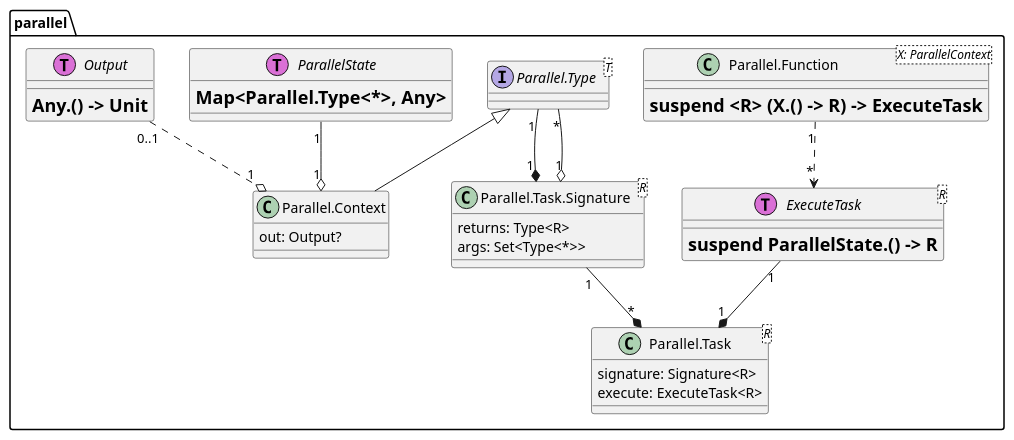
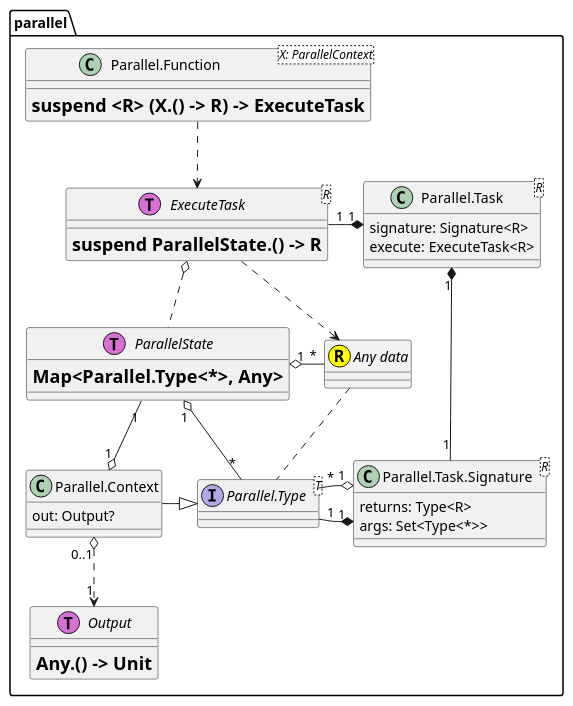
Before and after one commit to Flank/flank: the diagram in docs/hld/parallel-execution-api-structures.puml, drawn with PlantUML.

```diff
--- a/docs/hld/parallel-execution-api-structures.puml
+++ b/docs/hld/parallel-execution-api-structures.puml
@@ -1,42 +1,56 @@
 @startuml
 
 
 package "parallel" {
 
 class "Parallel.Context" as Context {
 out: Output?
 }
 class "Parallel.Task" as Task<R> {
 signature: Signature<R>
 execute: ExecuteTask<R>
 }
-class "Parallel.Task.Signature" as Task_Signature<R>{
+class "Parallel.Task.Signature" as Signature<R>{
 returns: Type<R>
 args: Set<Type<*>>
 }
 class "Parallel.Function" as Function<X: ParallelContext> {
 = suspend <R> (X.() -> R) -> ExecuteTask
 }
+interface "Any data" as Data << (R, yellow) >>
 interface ExecuteTask<R> << (T, orchid) >> {
 = suspend ParallelState.() -> R
 }
 interface "Parallel.Type" as Type <T>
 interface ParallelState << (T, orchid) >> {
 = Map<Parallel.Type<*>, Any>
 }
 interface Output << (T, orchid) >> {
 = Any.() -> Unit
 }
 
-Output "0..1" ..o "1" Context
+
+Function ..> ExecuteTask
+
 ParallelState "1" --o "1" Context
-Type <|-- Context
+ParallelState "1" o- "*" Type
 
-Type "1" --* "1" Task_Signature
-Type "*" --o "1" Task_Signature
-Task_Signature "1" --* "*" Task
+ExecuteTask "1" -* "1" Task
+ExecuteTask o.. ParallelState
+ExecuteTask ..> Data
 
-Function "1" ..> "*" ExecuteTask
-ExecuteTask "1" --* "1" Task
+'Data "*" -o "1" ParallelState
+'Data "*" -o "1" ParallelState
+ParallelState "1" o- "*" Data
+Data .. Type
+
+
+Task "1" *--- "1" Signature
+
+Type "1" -* "1" Signature
+Type "*" -o "1" Signature
+Context -|> Type
+
+Context "0..1" o..> "1" Output
 
 @enduml
```
